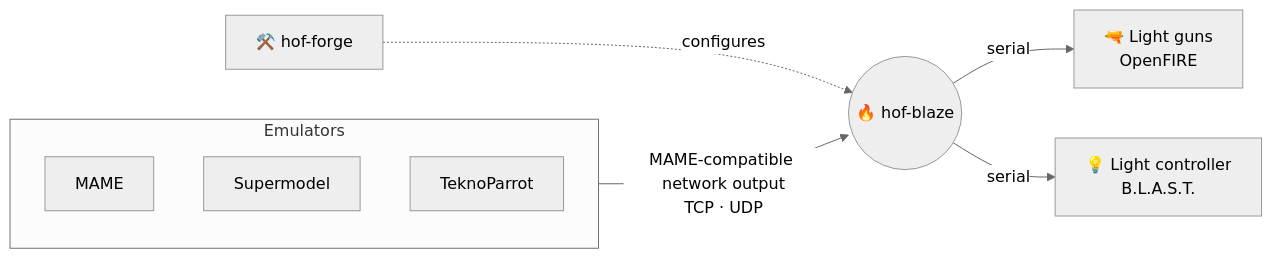
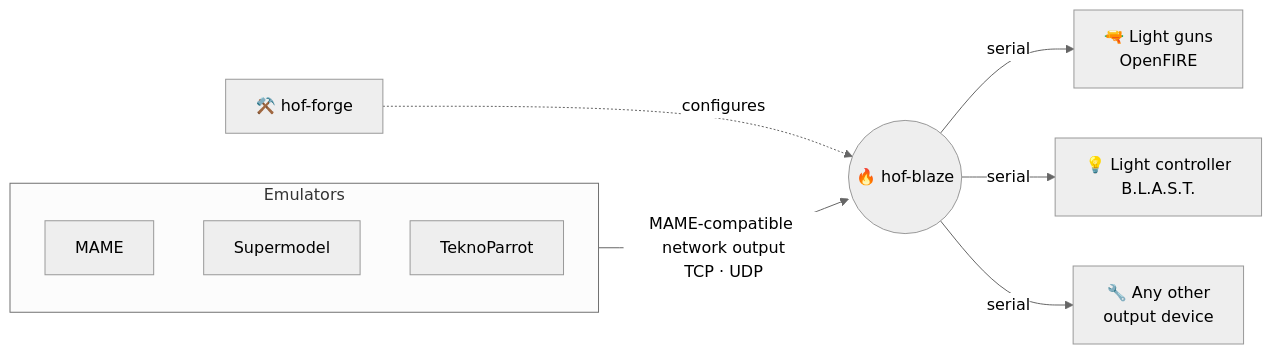
The diagram in README.md (tbreckle/hooks_on_fire), drawn with Mermaid (neutral theme) before and after one commit. The commit also changed other lines of this file, not shown here.

````diff
--- a/README.md
+++ b/README.md
@@ -38,12 +38,13 @@
 ```mermaid
 flowchart LR
     subgraph src [Emulators]
         MAME
         Supermodel
         TP[TeknoParrot]
     end
     src -- "MAME-compatible network output<br/>TCP · UDP" --> blaze(("🔥 hof-blaze"))
     blaze -- serial --> guns["🔫 Light guns<br/>OpenFIRE"]
     blaze -- serial --> lights["💡 Light controller<br/>B.L.A.S.T."]
+    blaze -- serial --> other["🔧 Any other<br/>output device"]
     forge["⚒️ hof-forge"] -. configures .-> blaze
 ```
````
